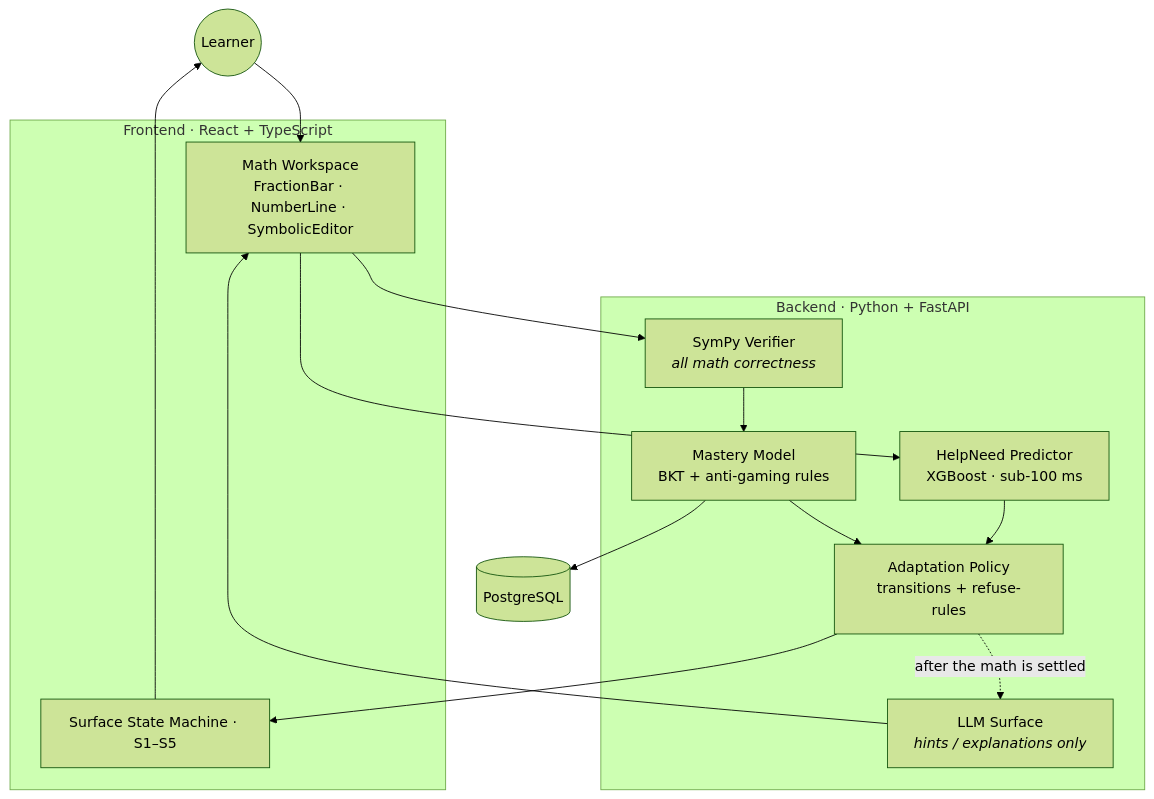
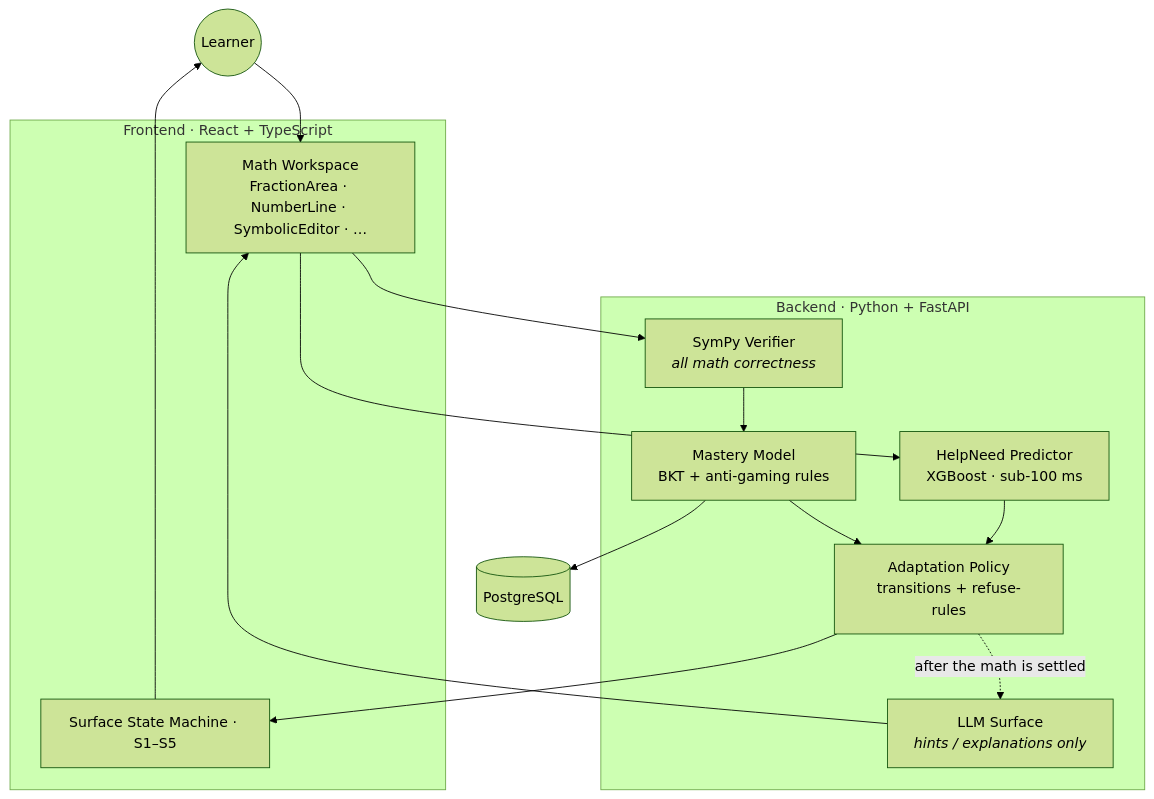
One commit to Hirom0112/whollymath changed the diagram in README.md. Above: the diagram before and after it, drawn with Mermaid (forest theme). The commit also changed other lines of this file and 1 other file, not shown here.

````diff
--- a/README.md
+++ b/README.md
@@ -65,24 +65,24 @@
 ```mermaid
 flowchart TB
     Learner((Learner))
 
     subgraph FE["Frontend · React + TypeScript"]
-        WS["Math Workspace<br/>FractionBar · NumberLine · SymbolicEditor"]
+        WS["Math Workspace<br/>FractionArea · NumberLine · SymbolicEditor · …"]
         SM["Surface State Machine · S1–S5"]
     end
 
     subgraph BE["Backend · Python + FastAPI"]
         VER["SymPy Verifier<br/><i>all math correctness</i>"]
         MAS["Mastery Model<br/>BKT + anti-gaming rules"]
         POL["Adaptation Policy<br/>transitions + refuse-rules"]
         HN["HelpNeed Predictor<br/>XGBoost · sub-100 ms"]
         LLMS["LLM Surface<br/><i>hints / explanations only</i>"]
     end
 
     DB[("PostgreSQL")]
 
     Learner --> WS --> VER --> MAS --> POL --> SM --> Learner
     WS --> HN --> POL
     POL -. "after the math is settled" .-> LLMS --> WS
     MAS --> DB
 ```
````
